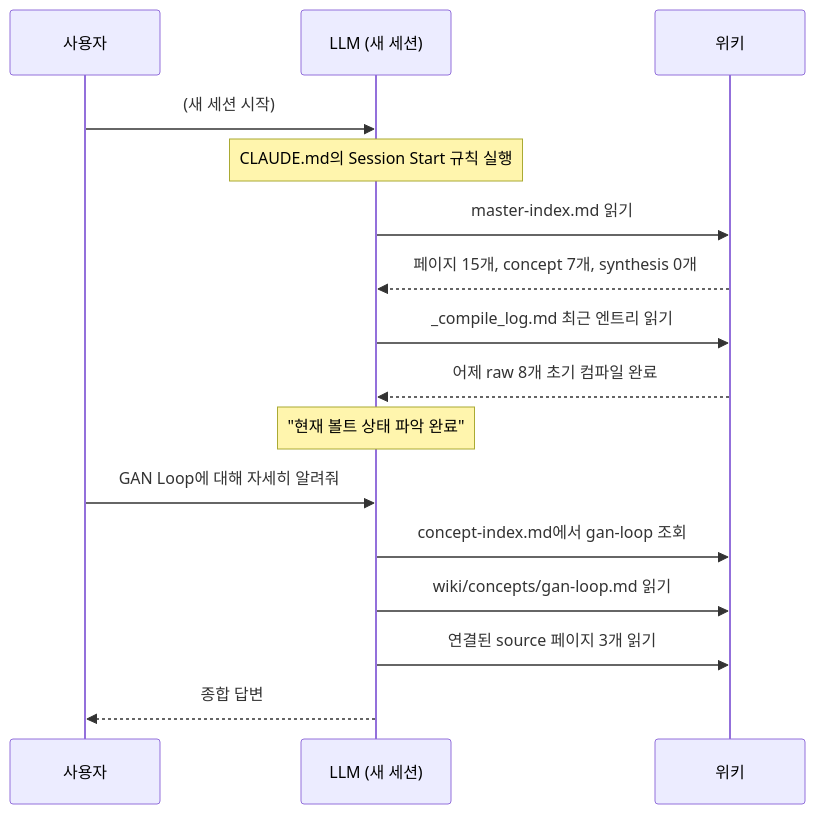
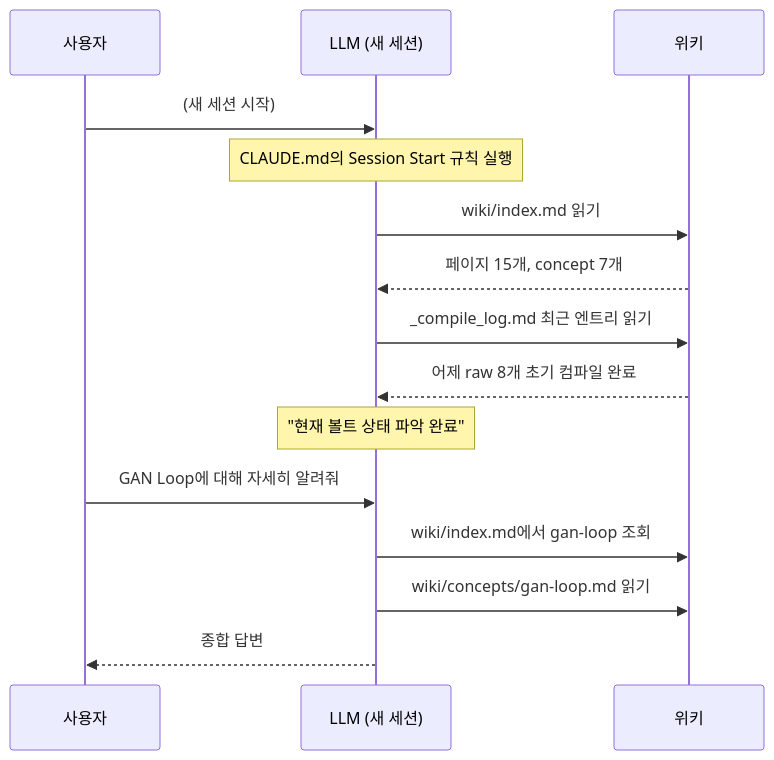
One commit to bjw202/Vault changed the seventh of 10 diagrams in docs/vault-system-guide.md. Above: the diagram before and after it, drawn with Mermaid. The commit also changed other lines of this file and 6 other files, not shown here.

````diff
--- a/docs/vault-system-guide.md
+++ b/docs/vault-system-guide.md
@@ -205,19 +215,18 @@
 ```mermaid
 sequenceDiagram
     participant U as 사용자
     participant LLM as LLM (새 세션)
     participant W as 위키
 
     U->>LLM: (새 세션 시작)
     Note over LLM: CLAUDE.md의 Session Start 규칙 실행
-    LLM->>W: master-index.md 읽기
-    W-->>LLM: 페이지 15개, concept 7개, synthesis 0개
+    LLM->>W: wiki/index.md 읽기
+    W-->>LLM: 페이지 15개, concept 7개
     LLM->>W: _compile_log.md 최근 엔트리 읽기
     W-->>LLM: 어제 raw 8개 초기 컴파일 완료
     Note over LLM: "현재 볼트 상태 파악 완료"
     U->>LLM: GAN Loop에 대해 자세히 알려줘
-    LLM->>W: concept-index.md에서 gan-loop 조회
+    LLM->>W: wiki/index.md에서 gan-loop 조회
     LLM->>W: wiki/concepts/gan-loop.md 읽기
-    LLM->>W: 연결된 source 페이지 3개 읽기
     LLM-->>U: 종합 답변
 ```
````
